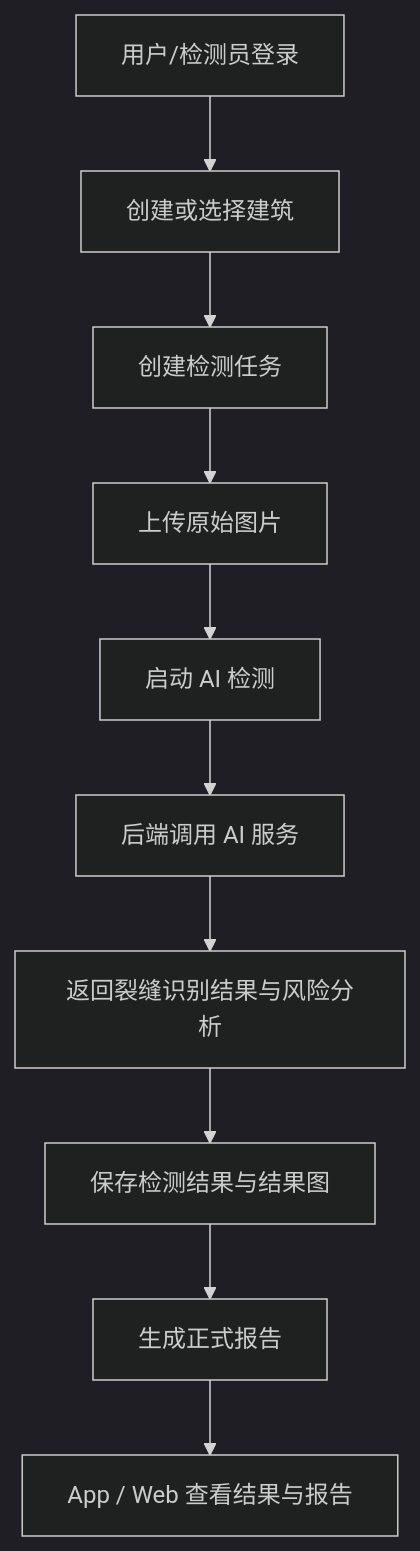
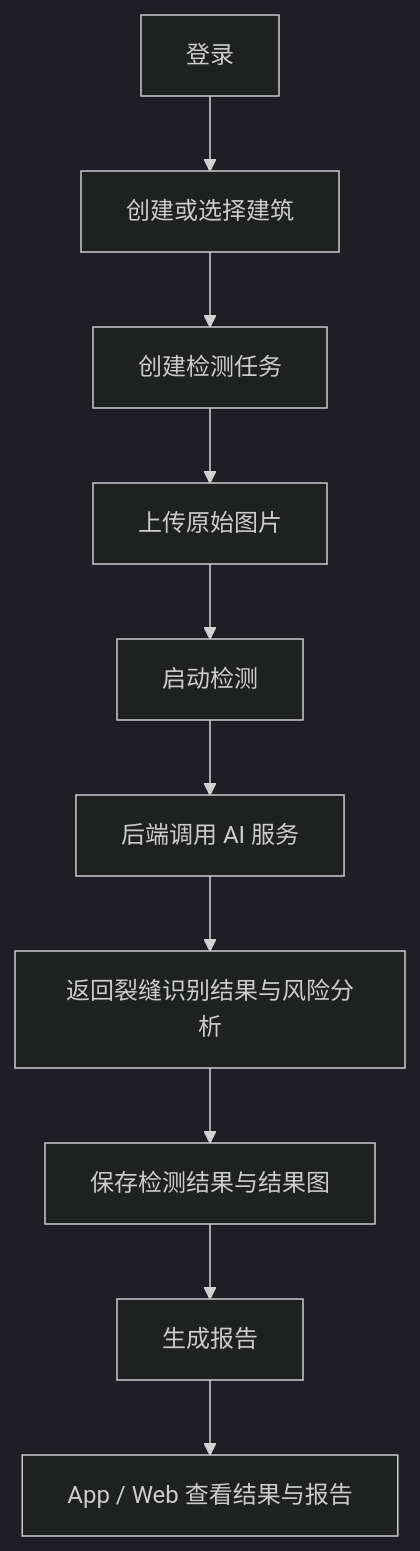
Before and after one commit to DzDenzel/dangerHouseSystem: the second of 5 diagrams in 危房智诊系统架构图.md, drawn with Mermaid (dark theme). The commit also changed other lines of this file and 55 other files, not shown here.

````diff
--- a/危房智诊系统架构图.md
+++ b/危房智诊系统架构图.md
@@ -84,12 +64,12 @@
 ```mermaid
 flowchart TD
-    A["用户/检测员登录"] --> B["创建或选择建筑"]
+    A["登录"] --> B["创建或选择建筑"]
     B --> C["创建检测任务"]
     C --> D["上传原始图片"]
-    D --> E["启动 AI 检测"]
+    D --> E["启动检测"]
     E --> F["后端调用 AI 服务"]
     F --> G["返回裂缝识别结果与风险分析"]
     G --> H["保存检测结果与结果图"]
-    H --> I["生成正式报告"]
+    H --> I["生成报告"]
     I --> J["App / Web 查看结果与报告"]
 ```
````
